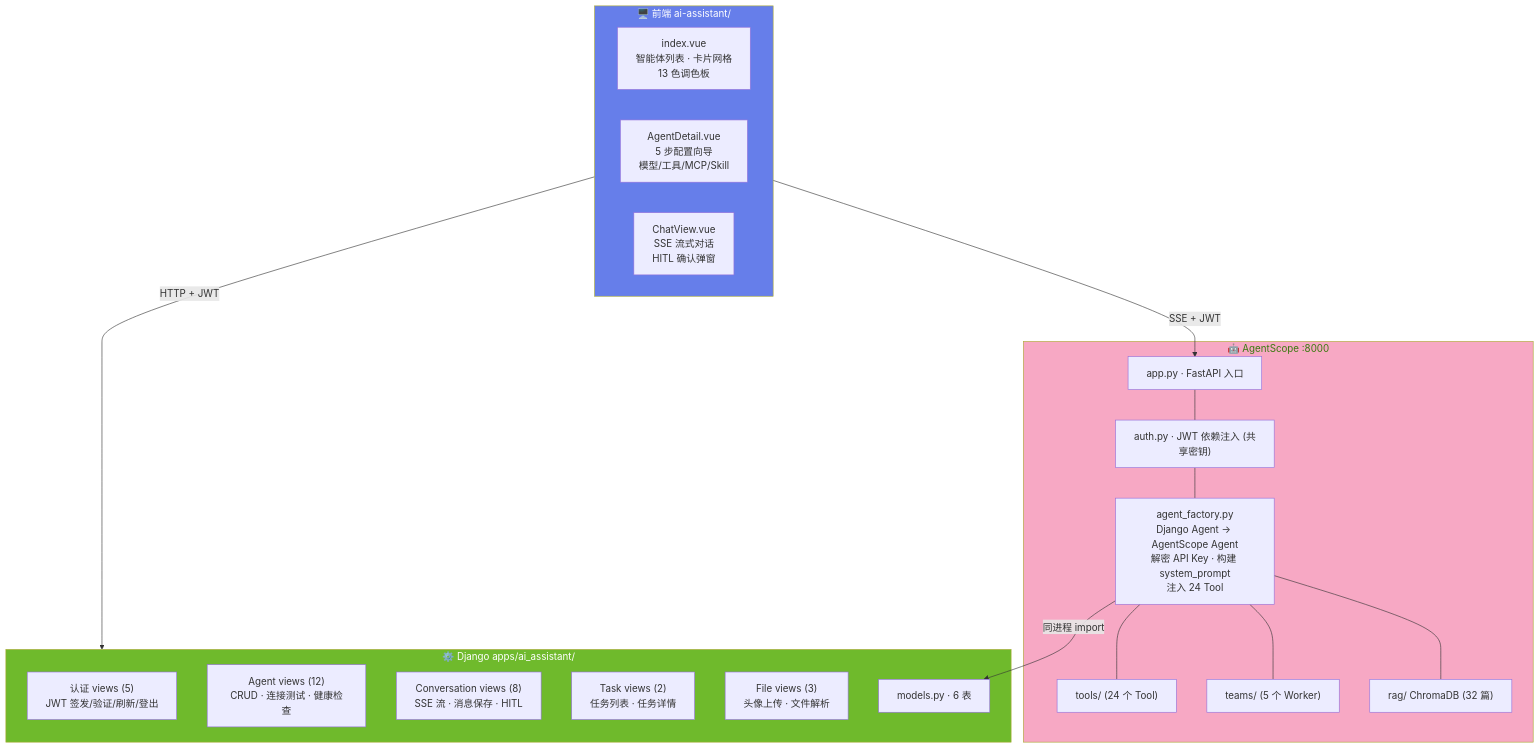
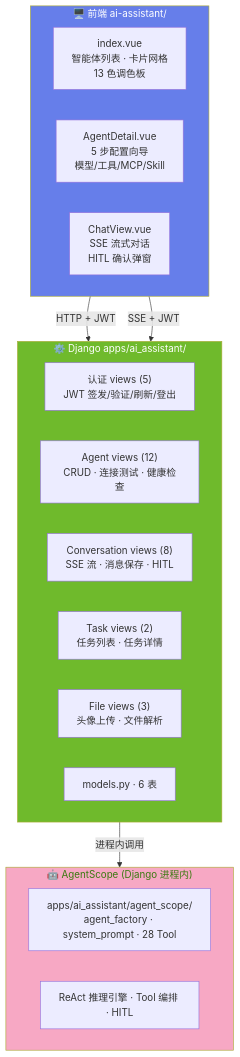
The first of 4 diagrams in dev_docs/03-设计与架构/ARCH-06-AI助手.md (Kahoku-lazy/Android-AutoTests), drawn with Mermaid before and after one commit. The commit also changed other lines of this file and 489 other files, not shown here.

First line of the commit message:
feat: 前端 TypeScript 迁移 + AgentScope 内嵌 + 忽略 tests/

````diff
--- a/dev_docs/03-设计与架构/ARCH-06-AI助手.md
+++ b/dev_docs/03-设计与架构/ARCH-06-AI助手.md
@@ -23,38 +23,30 @@
 ```mermaid
 flowchart TB
     subgraph Frontend_AI["🖥️ 前端 ai-assistant/"]
         AgentList["index.vue<br/>智能体列表 · 卡片网格<br/>13 色调色板"]
         AgentDetail["AgentDetail.vue<br/>5 步配置向导<br/>模型/工具/MCP/Skill"]
         ChatView["ChatView.vue<br/>SSE 流式对话<br/>HITL 确认弹窗"]
     end
 
     subgraph Django_AI["⚙️ Django apps/ai_assistant/"]
         Auth["认证 views (5)<br/>JWT 签发/验证/刷新/登出"]
         AgentViews["Agent views (12)<br/>CRUD · 连接测试 · 健康检查"]
         ConvViews["Conversation views (8)<br/>SSE 流 · 消息保存 · HITL"]
         TaskViews["Task views (2)<br/>任务列表 · 任务详情"]
         FileViews["File views (3)<br/>头像上传 · 文件解析"]
         Models["models.py · 6 表"]
     end
 
-    subgraph AS_AI["🤖 AgentScope :8000"]
-        App["app.py · FastAPI 入口"]
-        Auth2["auth.py · JWT 依赖注入 (共享密钥)"]
-        Factory["agent_factory.py<br/>Django Agent → AgentScope Agent<br/>解密 API Key · 构建 system_prompt<br/>注入 24 Tool"]
-        Tools24["tools/ (24 个 Tool)"]
-        Teams5["teams/ (5 个 Worker)"]
-        RAG["rag/ ChromaDB (32 篇)"]
-        App --- Auth2 --- Factory
-        Factory --- Tools24
-        Factory --- Teams5
-        Factory --- RAG
+    subgraph AS_AI["🤖 AgentScope (Django 进程内)"]
+        AgentScopeMod["apps/ai_assistant/agent_scope/<br/>agent_factory · system_prompt · 28 Tool"]
+        AgentScopeMod2["ReAct 推理引擎 · Tool 编排 · HITL"]
     end
 
     Frontend_AI -->|"HTTP + JWT"| Django_AI
-    Frontend_AI -->|"SSE + JWT"| App
-    Factory -->|"同进程 import"| Models
+    Frontend_AI -->|"SSE + JWT"| Django_AI
+    Django_AI -->|"进程内调用"| AS_AI
 
     style Frontend_AI fill:#667eea,color:#fff
     style Django_AI fill:#6fba2c,color:#fff
     style AS_AI fill:#f7a8c4,color:#3a7a10
 ```
````
